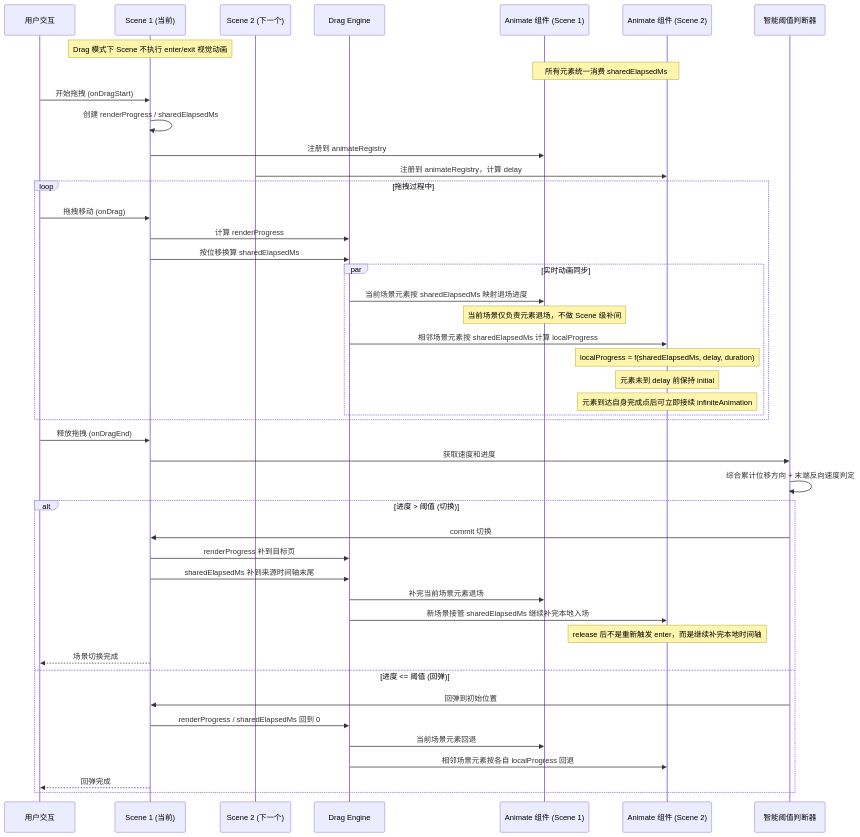
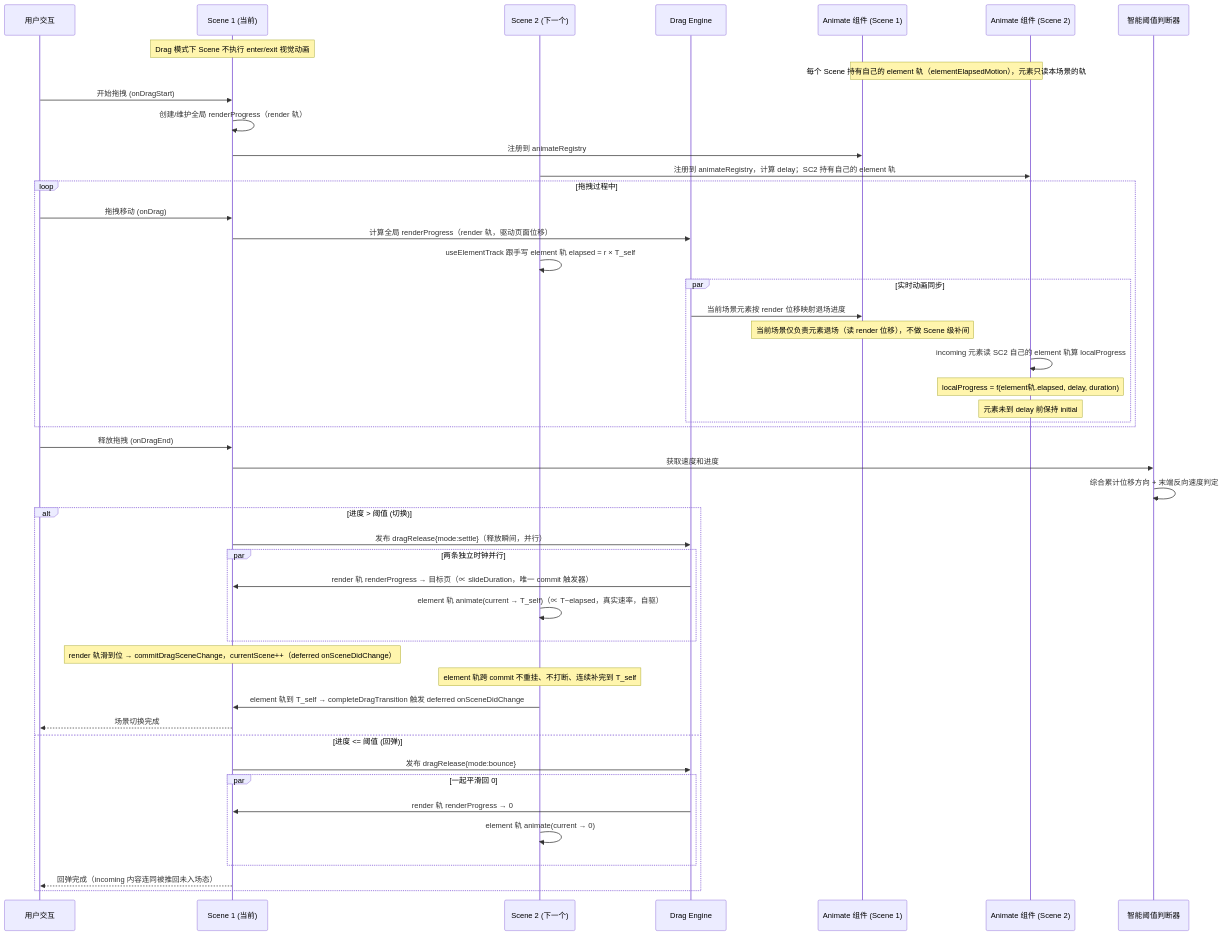
Before and after one commit to AlienMu/cineview: the third of 4 diagrams in design.md, drawn with Mermaid. The commit also changed other lines of this file and 184 other files, not shown here.

````diff
--- a/design.md
+++ b/design.md
@@ -746,56 +751,57 @@
 ```mermaid
 sequenceDiagram
     participant User as 用户交互
     participant SC1 as Scene 1 (当前)
     participant SC2 as Scene 2 (下一个)
     participant DE as Drag Engine
     participant A1 as Animate 组件 (Scene 1)
     participant A2 as Animate 组件 (Scene 2)
     participant TH as 智能阈值判断器
     
     Note over SC1: Drag 模式下 Scene 不执行 enter/exit 视觉动画
-    Note over A1,A2: 所有元素统一消费 sharedElapsedMs
+    Note over A1,A2: 每个 Scene 持有自己的 element 轨（elementElapsedMotion），元素只读本场景的轨
     
     User->>SC1: 开始拖拽 (onDragStart)
-    SC1->>SC1: 创建 renderProgress / sharedElapsedMs
+    SC1->>SC1: 创建/维护全局 renderProgress（render 轨）
     SC1->>A1: 注册到 animateRegistry
-    SC2->>A2: 注册到 animateRegistry，计算 delay
+    SC2->>A2: 注册到 animateRegistry，计算 delay；SC2 持有自己的 element 轨
     
     loop 拖拽过程中
         User->>SC1: 拖拽移动 (onDrag)
-        SC1->>DE: 计算 renderProgress
-        SC1->>DE: 按位移换算 sharedElapsedMs
+        SC1->>DE: 计算全局 renderProgress（render 轨，驱动页面位移）
+        SC2->>SC2: useElementTrack 跟手写 element 轨 elapsed = r × T_self
         
         par 实时动画同步
-            DE->>A1: 当前场景元素按 sharedElapsedMs 映射退场进度
-            Note over A1: 当前场景仅负责元素退场，不做 Scene 级补间
+            DE->>A1: 当前场景元素按 render 位移映射退场进度
+            Note over A1: 当前场景仅负责元素退场（读 render 位移），不做 Scene 级补间
             
-            DE->>A2: 相邻场景元素按 sharedElapsedMs 计算 localProgress
-            Note over A2: localProgress = f(sharedElapsedMs, delay, duration)
+            A2->>A2: incoming 元素读 SC2 自己的 element 轨算 localProgress
+            Note over A2: localProgress = f(element轨.elapsed, delay, duration)
             Note over A2: 元素未到 delay 前保持 initial
-            Note over A2: 元素到达自身完成点后可立即接续 infiniteAnimation
         end
     end
     
     User->>SC1: 释放拖拽 (onDragEnd)
     SC1->>TH: 获取速度和进度
     TH->>TH: 综合累计位移方向 + 末端反向速度判定
     
     alt 进度 > 阈值 (切换)
-        TH->>SC1: commit 切换
-        SC1->>DE: renderProgress 补到目标页
-        SC1->>DE: sharedElapsedMs 补到来源时间轴末尾
-        DE->>A1: 补完当前场景元素退场
-        DE->>A2: 新场景接管 sharedElapsedMs 继续补完本地入场
-        Note over A2: release 后不是重新触发 enter，而是继续补完本地时间轴
+        SC1->>DE: 发布 dragRelease{mode:settle}（释放瞬间，并行）
+        par 两条独立时钟并行
+            DE->>SC1: render 轨 renderProgress → 目标页（∝ slideDuration，唯一 commit 触发器）
+            SC2->>SC2: element 轨 animate(current → T_self)（∝ T−elapsed，真实速率，自驱）
+        end
+        Note over SC1: render 轨滑到位 → commitDragSceneChange，currentScene++（deferred onSceneDidChange）
+        Note over SC2: element 轨跨 commit 不重挂、不打断、连续补完到 T_self
+        SC2->>SC1: element 轨到 T_self → completeDragTransition 触发 deferred onSceneDidChange
         SC1-->>User: 场景切换完成
         
     else 进度 <= 阈值 (回弹)
-        TH->>SC1: 回弹到初始位置
-        SC1->>DE: renderProgress / sharedElapsedMs 回到 0
-        
-        DE->>A1: 当前场景元素回退
-        DE->>A2: 相邻场景元素按各自 localProgress 回退
-        SC1-->>User: 回弹完成
+        SC1->>DE: 发布 dragRelease{mode:bounce}
+        par 一起平滑回 0
+            DE->>SC1: render 轨 renderProgress → 0
+            SC2->>SC2: element 轨 animate(current → 0)
+        end
+        SC1-->>User: 回弹完成（incoming 内容连同被推回未入场态）
     end
 ```
````
